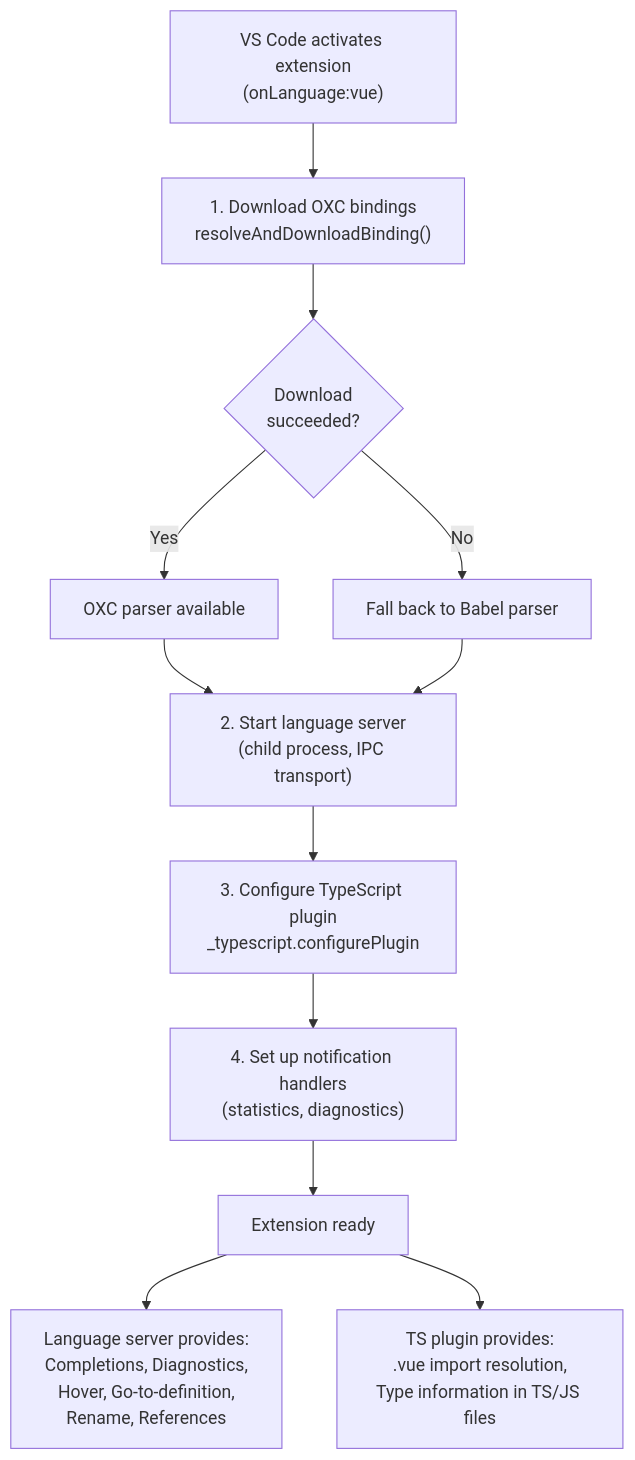
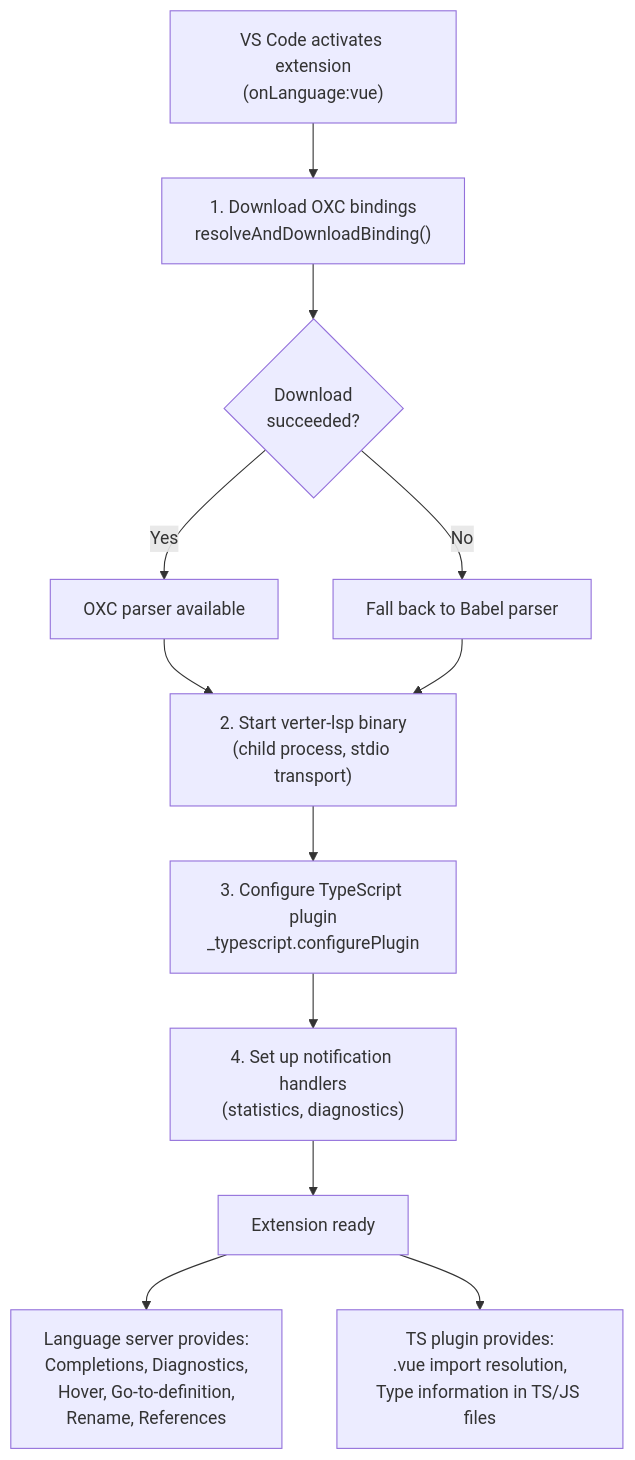
One commit to pikax/verter changed the second of 3 diagrams in packages/vue-vscode/readme.md. Above: the diagram before and after it, drawn with Mermaid. The commit also changed other lines of this file and 569 other files, not shown here.

````diff
--- a/packages/vue-vscode/readme.md
+++ b/packages/vue-vscode/readme.md
@@ -76,15 +76,15 @@
 ```mermaid
 flowchart TD
     A["VS Code activates extension<br/>(onLanguage:vue)"] --> B["1. Download OXC bindings<br/>resolveAndDownloadBinding()"]
     B --> C{"Download\nsucceeded?"}
     C -- Yes --> D["OXC parser available"]
     C -- No --> D2["Fall back to Babel parser"]
     D --> E
-    D2 --> E["2. Start language server<br/>(child process, IPC transport)"]
+    D2 --> E["2. Start verter-lsp binary<br/>(child process, stdio transport)"]
     E --> F["3. Configure TypeScript plugin<br/>_typescript.configurePlugin"]
     F --> G["4. Set up notification handlers<br/>(statistics, diagnostics)"]
     G --> H["Extension ready"]
 
     H --> I["Language server provides:<br/>Completions, Diagnostics,<br/>Hover, Go-to-definition,<br/>Rename, References"]
     H --> J["TS plugin provides:<br/>.vue import resolution,<br/>Type information in TS/JS files"]
 ```
````
